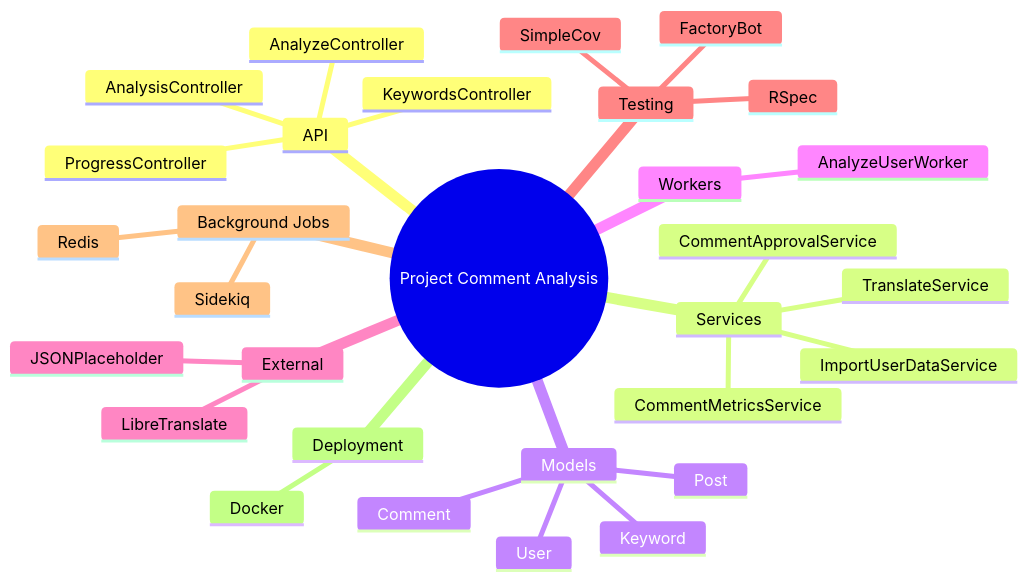
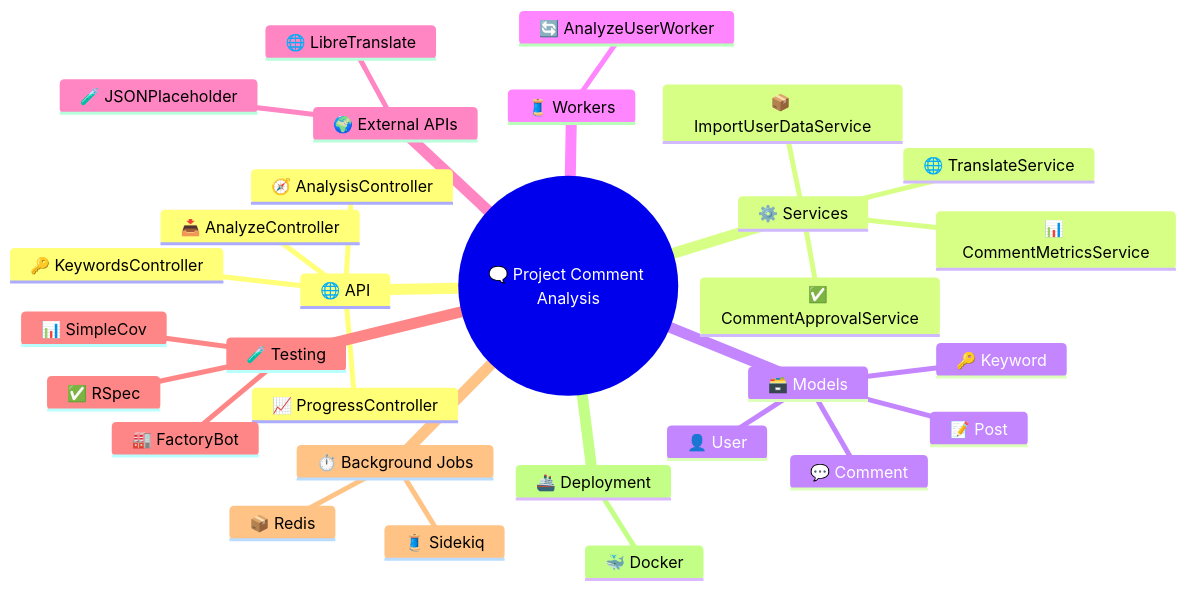
The fourth of 6 diagrams in README.md (enogrob/project-rails-comment-analysis), drawn with Mermaid before and after one commit. The commit also changed other lines of this file, not shown here.

````diff
--- a/README.md
+++ b/README.md
@@ -119,33 +138,33 @@
 ```mermaid
 mindmap
-  root((Project Comment Analysis))
-    API
-      AnalysisController
-      AnalyzeController
-      KeywordsController
-      ProgressController
-    Services
-      ImportUserDataService
-      TranslateService
-      CommentApprovalService
-      CommentMetricsService
-    Models
-      User
-      Post
-      Comment
-      Keyword
-    Workers
-      AnalyzeUserWorker
-    External
-      JSONPlaceholder
-      LibreTranslate
-    Testing
-      RSpec
-      FactoryBot
-      SimpleCov
-    Background Jobs
-      Sidekiq
-      Redis
-    Deployment
-      Docker
+  root((🗨️ Project Comment Analysis))
+    🌐 API
+      🧭 AnalysisController
+      📥 AnalyzeController
+      🔑 KeywordsController
+      📈 ProgressController
+    ⚙️ Services
+      📦 ImportUserDataService
+      🌐 TranslateService
+      ✅ CommentApprovalService
+      📊 CommentMetricsService
+    🗃️ Models
+      👤 User
+      📝 Post
+      💬 Comment
+      🔑 Keyword
+    🧵 Workers
+      🔄 AnalyzeUserWorker
+    🌍 External APIs
+      🧪 JSONPlaceholder
+      🌐 LibreTranslate
+    🧪 Testing
+      ✅ RSpec
+      🏭 FactoryBot
+      📊 SimpleCov
+    ⏱️ Background Jobs
+      🧵 Sidekiq
+      📦 Redis
+    🚢 Deployment
+      🐳 Docker
 ```
````
